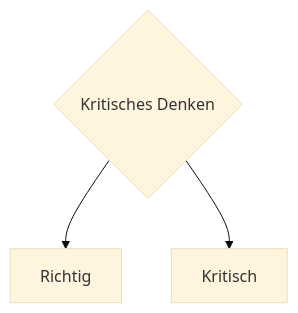
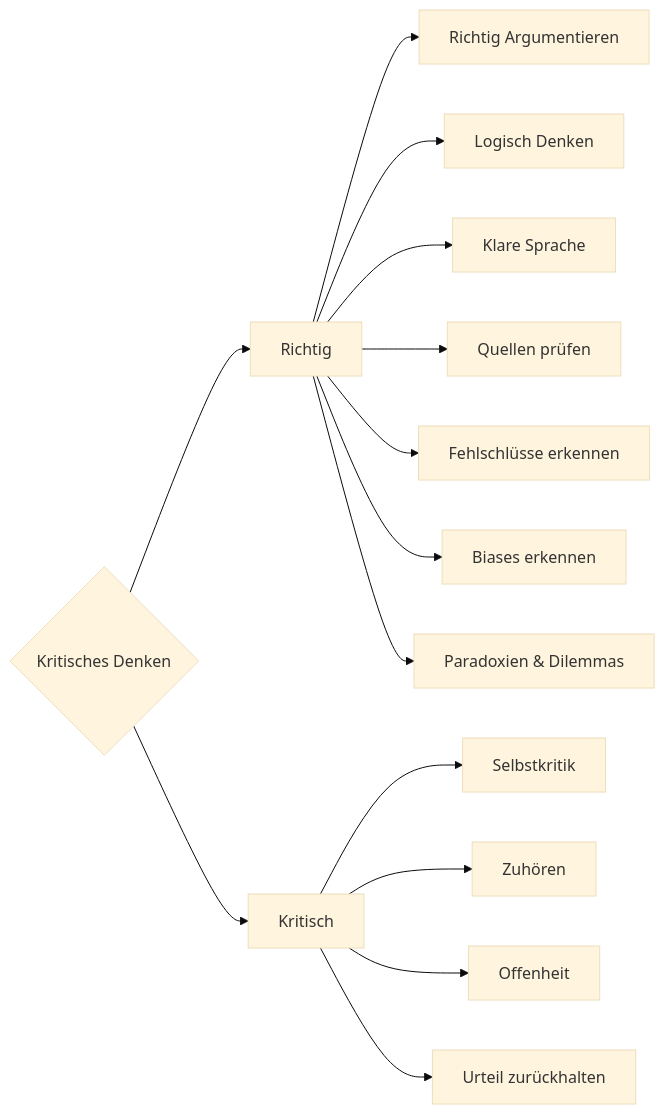
One commit to hecmec/sprachlichtung changed the diagram in docs/kritisches_denken/00_kritisches_denken_kurzgesagt.md. Above: the diagram before and after it, drawn with Mermaid. The commit also changed other lines of this file and 4 other files, not shown here.

````diff
--- a/docs/kritisches_denken/00_kritisches_denken_kurzgesagt.md
+++ b/docs/kritisches_denken/00_kritisches_denken_kurzgesagt.md
@@ -71,10 +283,21 @@
 ```mermaid
 ---
 config:
   theme: 'base'
 ---
-flowchart TD
+flowchart LR
     C{Kritisches Denken}
     C --> D[Richtig]
     C --> E[Kritisch]
+    D --> G[Richtig Argumentieren]
+    D --> F[Logisch Denken]
+    D --> H[Klare Sprache]
+    D --> I[Quellen prüfen]
+    D --> J[Fehlschlüsse erkennen]
+    D --> K[Biases erkennen]
+    D --> L[Paradoxien & Dilemmas]
+    E --> M[Selbstkritik]
+    E --> N[Zuhören]
+    E --> N2[Offenheit]
+    E --> O[Urteil zurückhalten]
 ```
````
